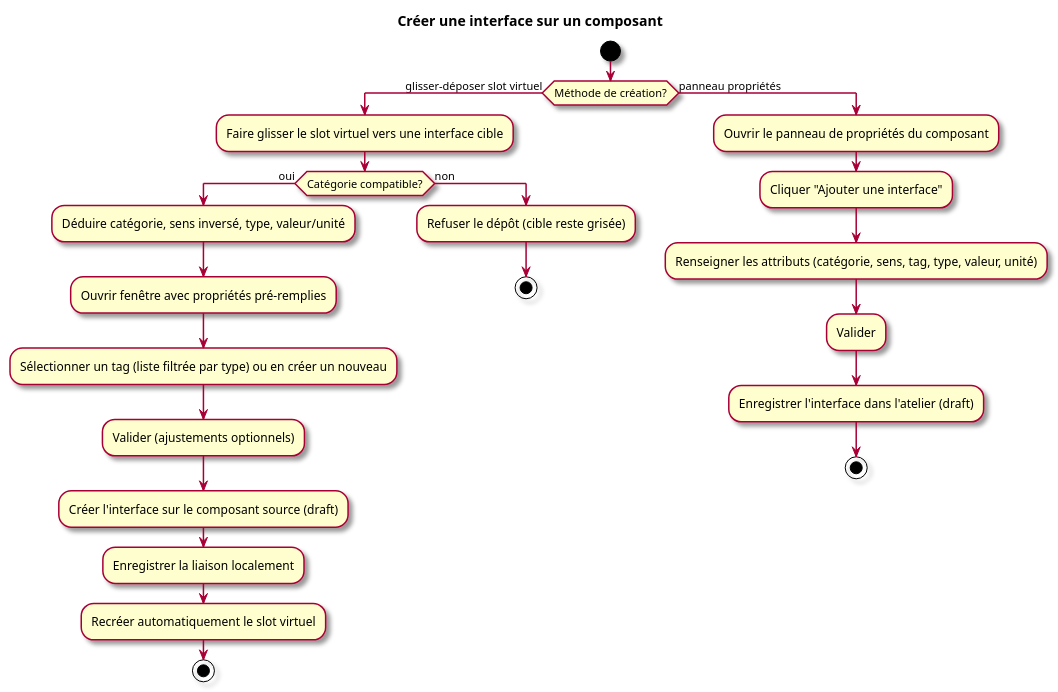
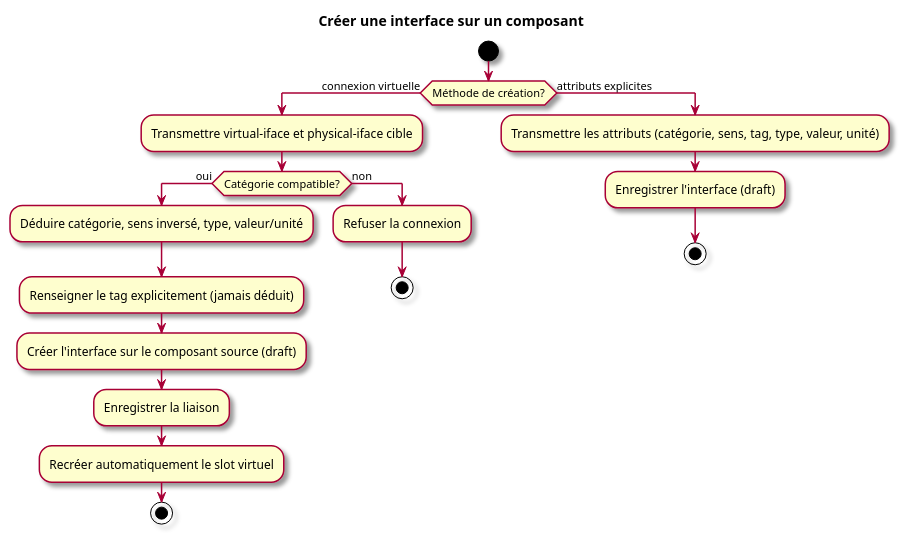
One commit to olivaux/myr changed the second of 2 diagrams in specs/1-Expression/UCAM-Atelier_Module/UCAM03.md. Above: the diagram before and after it, drawn with PlantUML. The commit also changed other lines of this file and 65 other files, not shown here.

````diff
--- a/specs/1-Expression/UCAM-Atelier_Module/UCAM03.md
+++ b/specs/1-Expression/UCAM-Atelier_Module/UCAM03.md
@@ -95,30 +90,25 @@
 ```plantuml
 @startuml
 skin rose
 title Créer une interface sur un composant
 start
-if (Méthode de création?) then (glisser-déposer slot virtuel)
-  :Faire glisser le slot virtuel vers une interface cible;
+if (Méthode de création?) then (connexion virtuelle)
+  :Transmettre virtual-iface et physical-iface cible;
   if (Catégorie compatible?) then (oui)
     :Déduire catégorie, sens inversé, type, valeur/unité;
-    :Ouvrir fenêtre avec propriétés pré-remplies;
-    :Sélectionner un tag (liste filtrée par type) ou en créer un nouveau;
-    :Valider (ajustements optionnels);
+    :Renseigner le tag explicitement (jamais déduit);
     :Créer l'interface sur le composant source (draft);
-    :Enregistrer la liaison localement;
+    :Enregistrer la liaison;
     :Recréer automatiquement le slot virtuel;
     stop
   else (non)
-    :Refuser le dépôt (cible reste grisée);
+    :Refuser la connexion;
     stop
   endif
-else (panneau propriétés)
-  :Ouvrir le panneau de propriétés du composant;
-  :Cliquer "Ajouter une interface";
-  :Renseigner les attributs (catégorie, sens, tag, type, valeur, unité);
-  :Valider;
-  :Enregistrer l'interface dans l'atelier (draft);
+else (attributs explicites)
+  :Transmettre les attributs (catégorie, sens, tag, type, valeur, unité);
+  :Enregistrer l'interface (draft);
   stop
 endif
 @enduml
 ```
````
